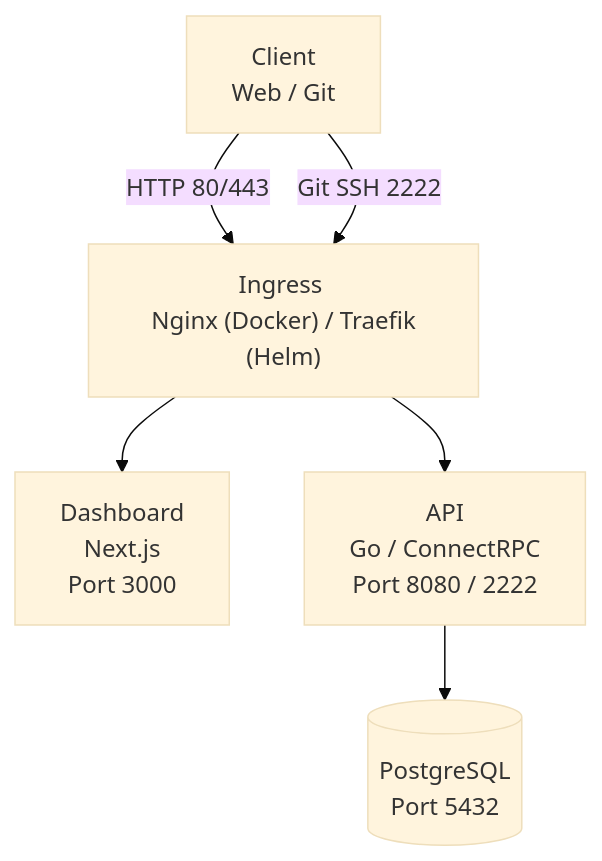
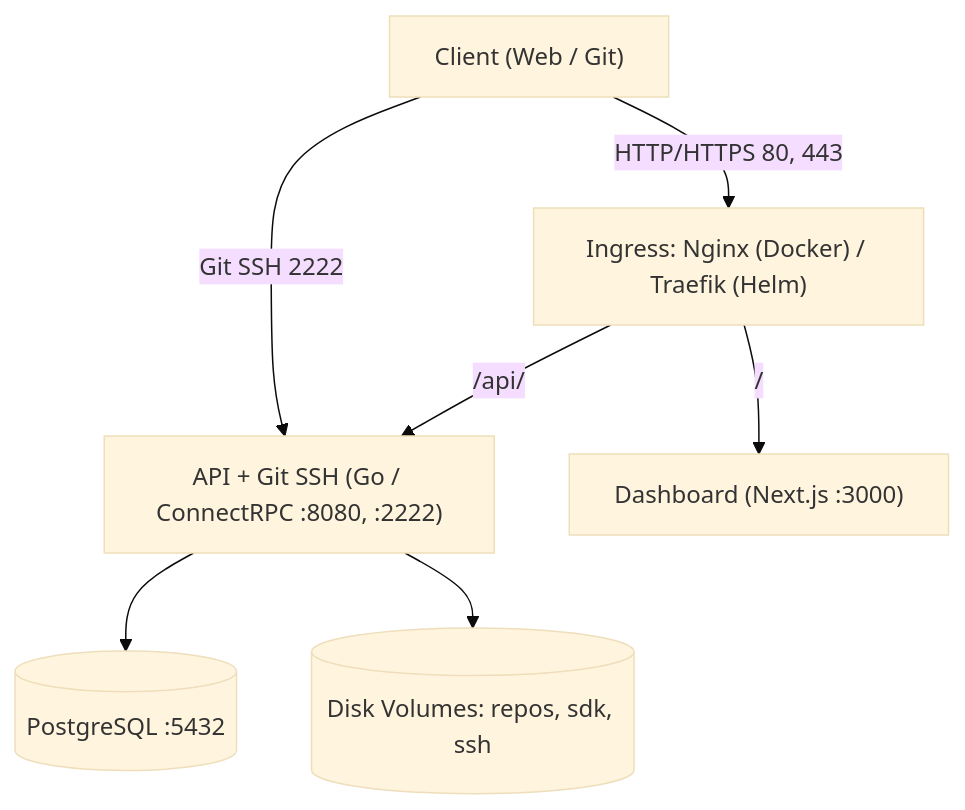
The diagram in README.md (lynicis/hasir), drawn with Mermaid (base theme) before and after one commit. The commit also changed other lines of this file and 21 other files, not shown here.

First line of the commit message:
docs: rewrite README and pin Docker/Helm image tags

````diff
--- a/README.md
+++ b/README.md
@@ -38,8 +114,9 @@
 ```mermaid
 graph TD
-    Client["Client <br> Web / Git"] -->|HTTP 80/443| Ingress["Ingress <br> Nginx (Docker) / Traefik (Helm)"]
-    Client -->|Git SSH 2222| Ingress
-    Ingress --> Dashboard["Dashboard <br> Next.js <br> Port 3000"]
-    Ingress --> API["API <br> Go / ConnectRPC <br> Port 8080 / 2222"]
-    API --> DB[("PostgreSQL <br> Port 5432")]
+    Client["Client (Web / Git)"] -->|HTTP/HTTPS 80, 443| Ingress["Ingress: Nginx (Docker) / Traefik (Helm)"]
+    Client -->|Git SSH 2222| API["API + Git SSH (Go / ConnectRPC :8080, :2222)"]
+    Ingress -->|"/"| Dashboard["Dashboard (Next.js :3000)"]
+    Ingress -->|"/api/"| API
+    API --> DB[("PostgreSQL :5432")]
+    API --> Storage[("Disk Volumes: repos, sdk, ssh")]
 ```
````
